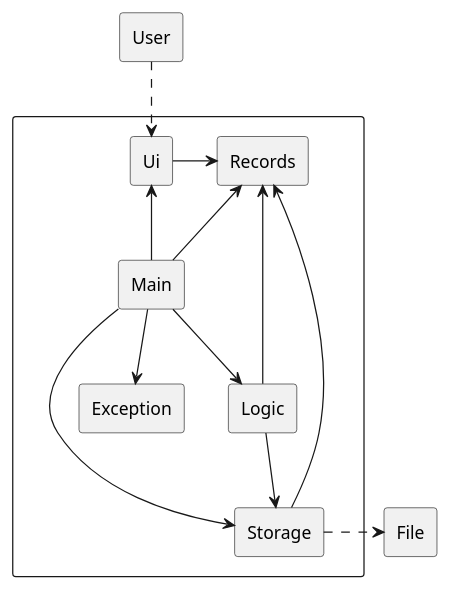
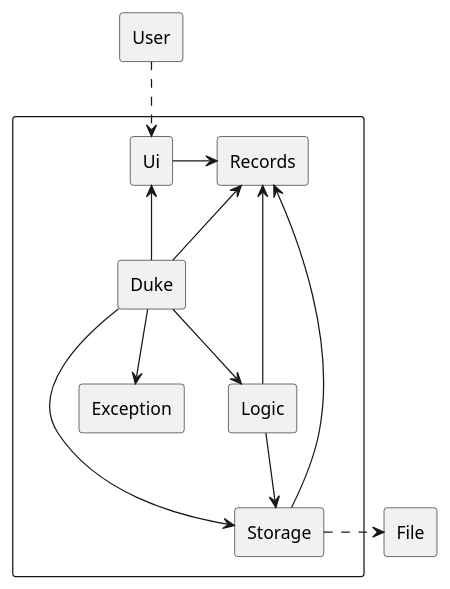
The diagram in docs/UmlDiagrams/ArchitectureDiagram.puml (nus-cs2113-AY2223S1/tp), drawn with PlantUML before and after one commit. The commit also changed 4 other files, not shown here.

```diff
--- a/docs/UmlDiagrams/ArchitectureDiagram.puml
+++ b/docs/UmlDiagrams/ArchitectureDiagram.puml
@@ -1,18 +1,18 @@
 @startuml
 skinparam componentStyle rectangle
 
 component {
  [Ui] -right-> [Records]
  [Logic] -down->[Storage]
  [Logic] -down-> [Records]
- [Main] --> [Ui]
- [Main] --> [Logic]
- [Main] --> [Storage]
- [Main] -up-> [Records]
- [Main] -down-> [Exception]
+ [Duke] --> [Ui]
+ [Duke] --> [Logic]
+ [Duke] --> [Storage]
+ [Duke] -up-> [Records]
+ [Duke] -down-> [Exception]
 }
 [Storage] -up-> [Records]
 [Storage] .right.> [File]
 [User] ..> Ui
 
 @enduml
```
